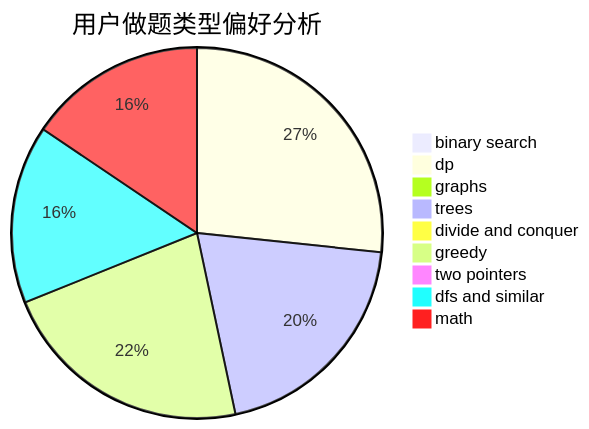
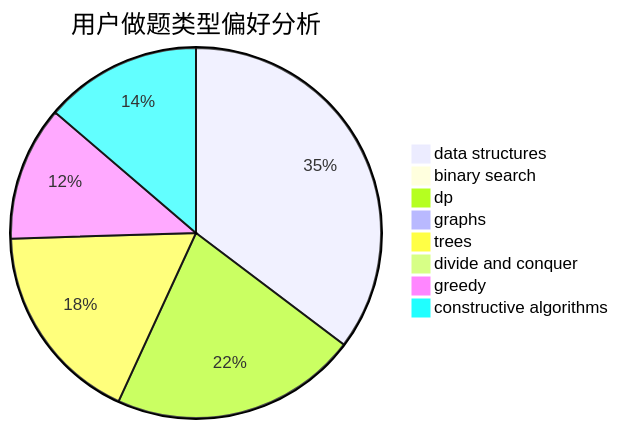
Before and after one commit to sherpahu/cfrs.github.io: the second of 3 diagrams in docs/user/u882.md, drawn with Mermaid. The commit also changed other lines of this file and 2775 other files, not shown here.

````diff
--- a/docs/user/u882.md
+++ b/docs/user/u882.md
@@ -23,12 +23,11 @@
 ```mermaid
 pie title 用户做题类型偏好分析
+    "data structures" :  18
     "binary search" :  0
-    "dp" :  12
+    "dp" :  11
     "graphs" :  0
     "trees" :  9
     "divide and conquer" :  0
-    "greedy" :  10
-    "two pointers" :  0
-    "dfs and similar" :  7
-    "math" :  7
+    "greedy" :  6
+    "constructive algorithms" :  7
 ```
````
